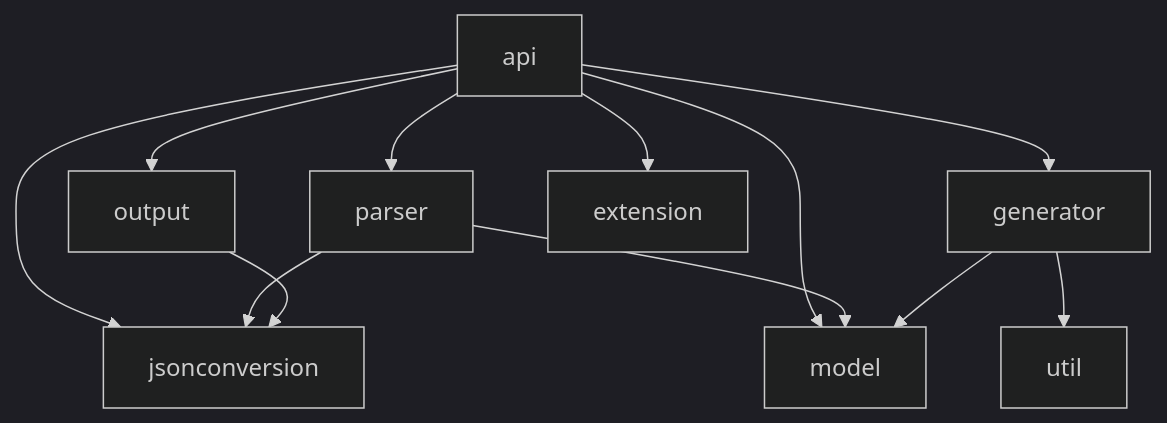
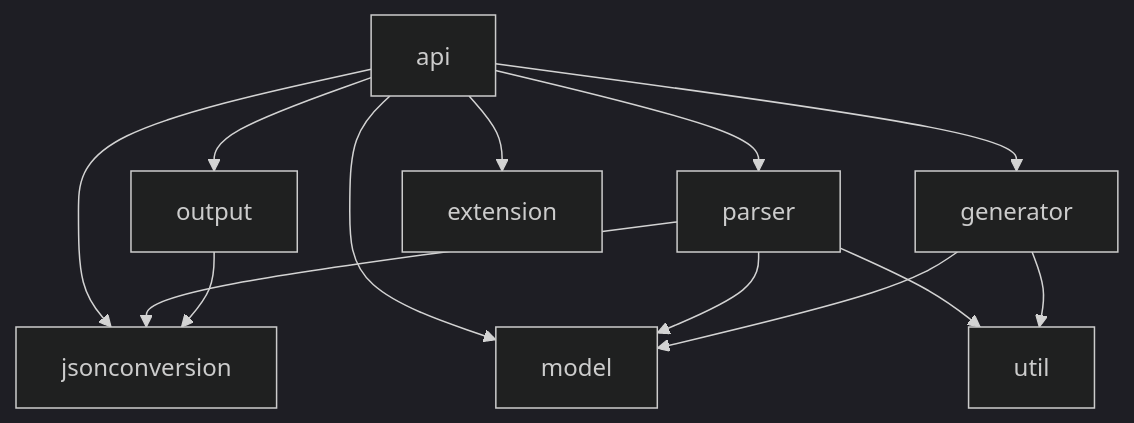
Before and after one commit to gjuton/gjuton: the third of 3 diagrams in docs/architecture.md, drawn with Mermaid (dark theme). The commit also changed other lines of this file and 7 other files, not shown here.

````diff
--- a/docs/architecture.md
+++ b/docs/architecture.md
@@ -122,14 +122,15 @@
 ```mermaid
 graph TD
     api --> parser
     api --> generator
     api --> output
     api --> jsonconversion
     api --> extension
     api --> model
     parser --> jsonconversion
     parser --> model
+    parser --> util
     generator --> model
     generator --> util
     output --> jsonconversion
 ```
````
